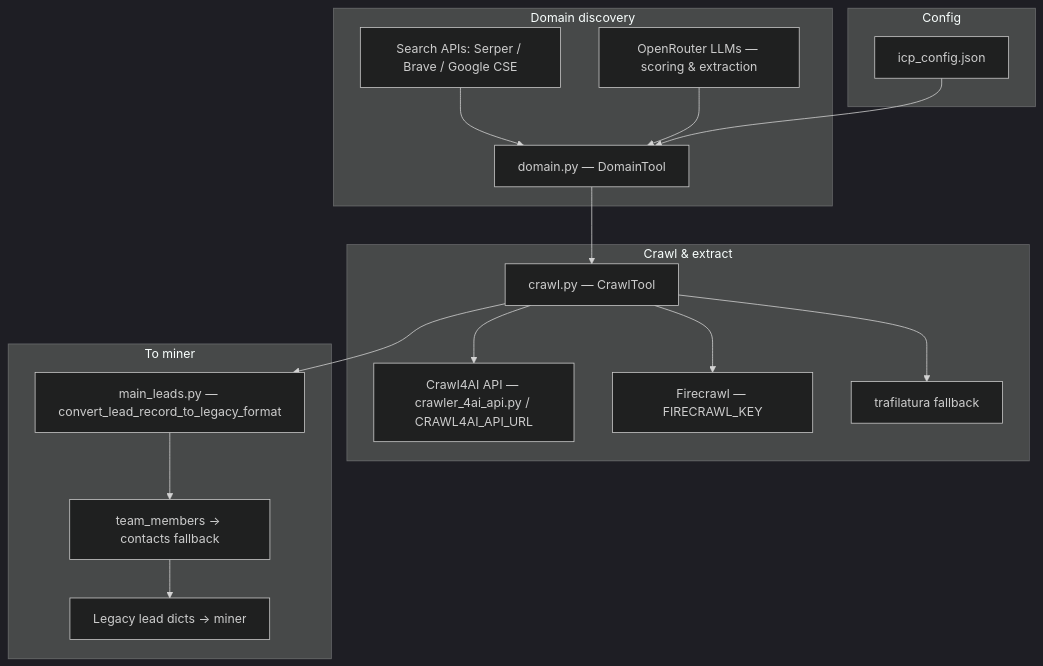
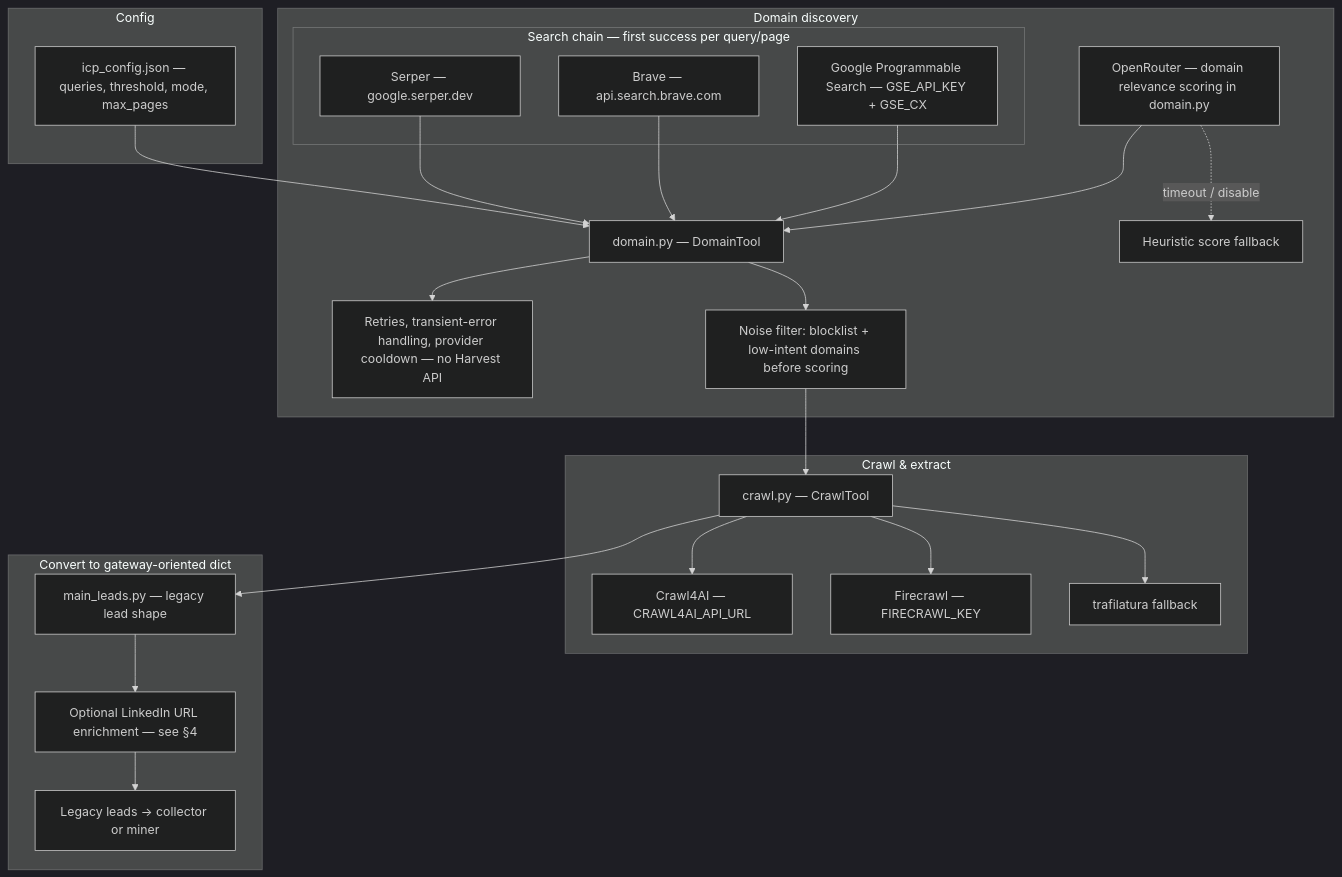
One commit to tomaspconer89-spec/leadpoet-sn71 changed the second of 6 diagrams in docs/MINER_PIPELINE-DIAGRAM.md. Above: the diagram before and after it, drawn with Mermaid (dark theme). The commit also changed other lines of this file, not shown here.

````diff
--- a/docs/MINER_PIPELINE-DIAGRAM.md
+++ b/docs/MINER_PIPELINE-DIAGRAM.md
@@ -38,31 +41,42 @@
 ```mermaid
 flowchart TB
   subgraph cfg["Config"]
-    ICP[icp_config.json]
+    ICP[icp_config.json — queries, threshold, mode, max_pages]
   end
 
   subgraph domain["Domain discovery"]
-    Q[Search APIs: Serper / Brave / Google CSE]
-    LLM[OpenRouter LLMs — scoring & extraction]
-    Q --> DOM[domain.py — DomainTool]
+    ICP --> DOM[domain.py — DomainTool]
+    subgraph serp["Search chain — first success per query/page"]
+      SERP[Serper — google.serper.dev]
+      BRV[Brave — api.search.brave.com]
+      GSE[Google Programmable Search — GSE_API_KEY + GSE_CX]
+    end
+    SERP --> DOM
+    BRV --> DOM
+    GSE --> DOM
+    NOTE[Retries, transient-error handling, provider cooldown — no Harvest API]
+    DOM --> NOTE
+    LLM[OpenRouter — domain relevance scoring in domain.py]
+    LLM -.->|timeout / disable| HEUR[Heuristic score fallback]
     LLM --> DOM
-    ICP --> DOM
+    FIL[Noise filter: blocklist + low-intent domains before scoring]
+    DOM --> FIL
   end
 
   subgraph crawl["Crawl & extract"]
-    C4[Crawl4AI API — crawler_4ai_api.py / CRAWL4AI_API_URL]
+    C4[Crawl4AI — CRAWL4AI_API_URL]
     FC[Firecrawl — FIRECRAWL_KEY]
     TR[trafilatura fallback]
-    DOM --> CRAWL[crawl.py — CrawlTool]
+    FIL --> CRAWL[crawl.py — CrawlTool]
     CRAWL --> C4
     CRAWL --> FC
     CRAWL --> TR
   end
 
-  subgraph out["To miner"]
-    CRAWL --> CONV[main_leads.py — convert_lead_record_to_legacy_format]
-    TM[team_members → contacts fallback]
-    CONV --> TM
-    TM --> LEG[Legacy lead dicts → miner]
+  subgraph out["Convert to gateway-oriented dict"]
+    CRAWL --> CONV[main_leads.py — legacy lead shape]
+    ENR[Optional LinkedIn URL enrichment — see §4]
+    CONV --> ENR
+    ENR --> LEG[Legacy leads → collector or miner]
   end
 ```
````
